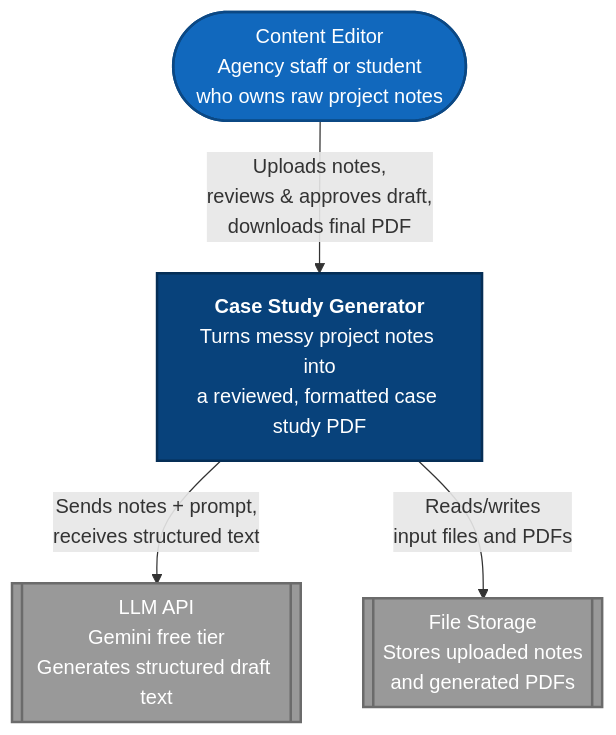
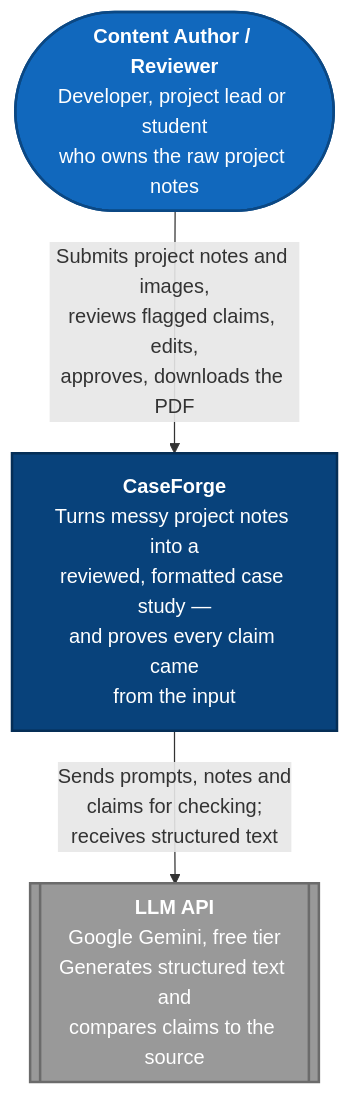
The diagram in docs/c4-context.md (RainHardi/CaseForge), drawn with Mermaid before and after one commit. The commit also changed other lines of this file, not shown here.

````diff
--- a/docs/c4-context.md
+++ b/docs/c4-context.md
@@ -5,21 +12,19 @@
 ```mermaid
 flowchart TB
-    User(["Content Editor<br/>Agency staff or student<br/>who owns raw project notes"])
+    User(["<b>Content Author / Reviewer</b><br/>Developer, project lead or student<br/>who owns the raw project notes"])
 
-    System["<b>Case Study Generator</b><br/>Turns messy project notes into<br/>a reviewed, formatted case study PDF"]
+    System["<b>CaseForge</b><br/>Turns messy project notes into a<br/>reviewed, formatted case study —<br/>and proves every claim came<br/>from the input"]
 
-    LLM[["LLM API<br/>Gemini free tier<br/>Generates structured draft text"]]
-    Storage[["File Storage<br/>Stores uploaded notes<br/>and generated PDFs"]]
+    LLM[["<b>LLM API</b><br/>Google Gemini, free tier<br/>Generates structured text and<br/>compares claims to the source"]]
 
-    User -- "Uploads notes,<br/>reviews & approves draft,<br/>downloads final PDF" --> System
-    System -- "Sends notes + prompt,<br/>receives structured text" --> LLM
-    System -- "Reads/writes<br/>input files and PDFs" --> Storage
+    User -- "Submits project notes and images,<br/>reviews flagged claims, edits,<br/>approves, downloads the PDF" --> System
+    System -- "Sends prompts, notes and<br/>claims for checking;<br/>receives structured text" --> LLM
 
     classDef person fill:#1168bd,color:#fff,stroke:#0b4884,stroke-width:2px
     classDef system fill:#08427b,color:#fff,stroke:#052e56,stroke-width:2px
     classDef external fill:#999999,color:#fff,stroke:#6b6b6b,stroke-width:2px
 
     class User person
     class System system
-    class LLM,Storage external
+    class LLM external
 ```
````
